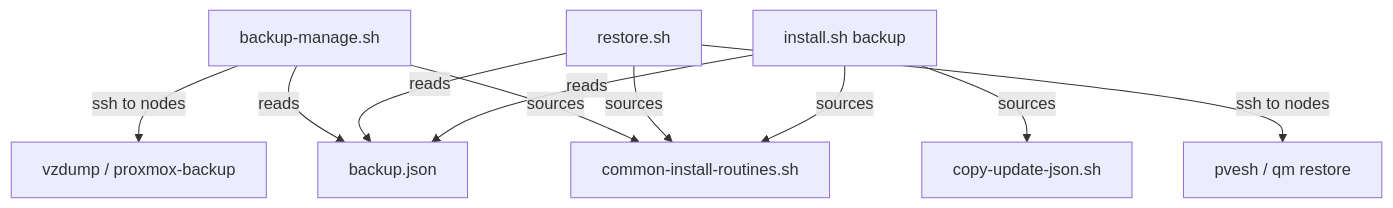
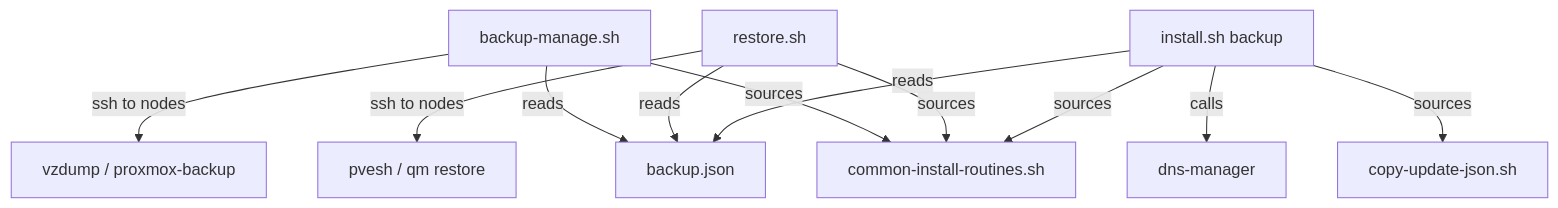
One commit to TAPPaaS/TAPPaaS changed the eighth of 8 diagrams in src/foundation/DEPENDENCIES.md. Above: the diagram before and after it, drawn with Mermaid. The commit also changed other lines of this file and 4 other files, not shown here.

````diff
--- a/src/foundation/DEPENDENCIES.md
+++ b/src/foundation/DEPENDENCIES.md
@@ -207,14 +211,15 @@
 ```mermaid
 graph TD
     A[backup-manage.sh] -->|sources| B[common-install-routines.sh]
     A -->|reads| C[backup.json]
     A -->|"ssh to nodes"| D[vzdump / proxmox-backup]
 
     E[restore.sh] -->|sources| B
     E -->|reads| C
     E -->|"ssh to nodes"| F[pvesh / qm restore]
 
     G[install.sh backup] -->|sources| H[copy-update-json.sh]
     G -->|sources| B
+    G -->|calls| X[dns-manager]
     G -->|reads| C
 ```
````
